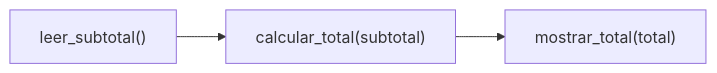
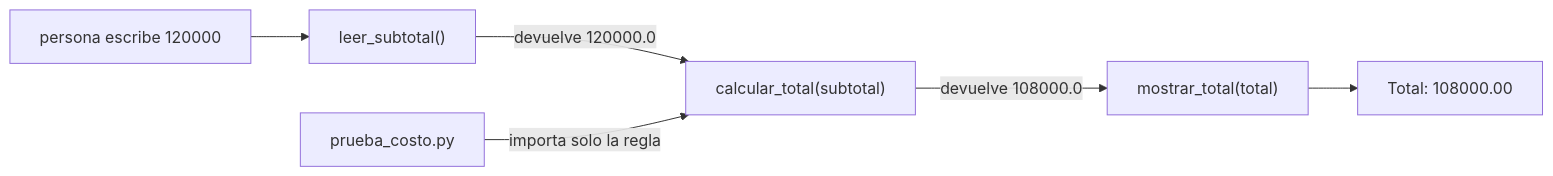
The fourth of 7 diagrams in web/public/content/foundations/modulo-1.md (NICORUIZ93/The_Imperial_Book), drawn with Mermaid before and after one commit. The commit also changed other lines of this file, not shown here.

````diff
--- a/web/public/content/foundations/modulo-1.md
+++ b/web/public/content/foundations/modulo-1.md
@@ -717,4 +795,8 @@
 ```mermaid
 flowchart LR
-    INPUT["leer_subtotal()"] --> RULE["calcular_total(subtotal)"] --> OUTPUT["mostrar_total(total)"]
+    U["persona escribe 120000"] --> L["leer_subtotal()"]
+    L -->|"devuelve 120000.0"| C["calcular_total(subtotal)"]
+    C -->|"devuelve 108000.0"| M["mostrar_total(total)"]
+    M --> S["Total: 108000.00"]
+    P["prueba_costo.py"] -->|"importa solo la regla"| C
 ```
````
